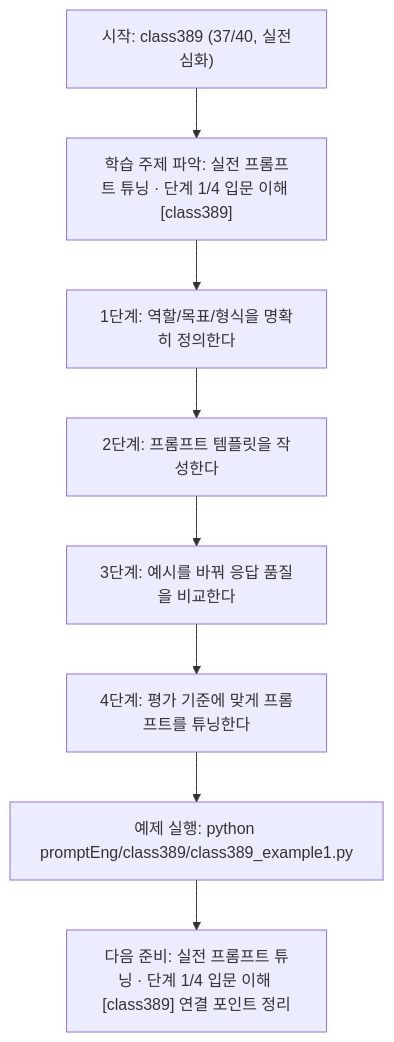
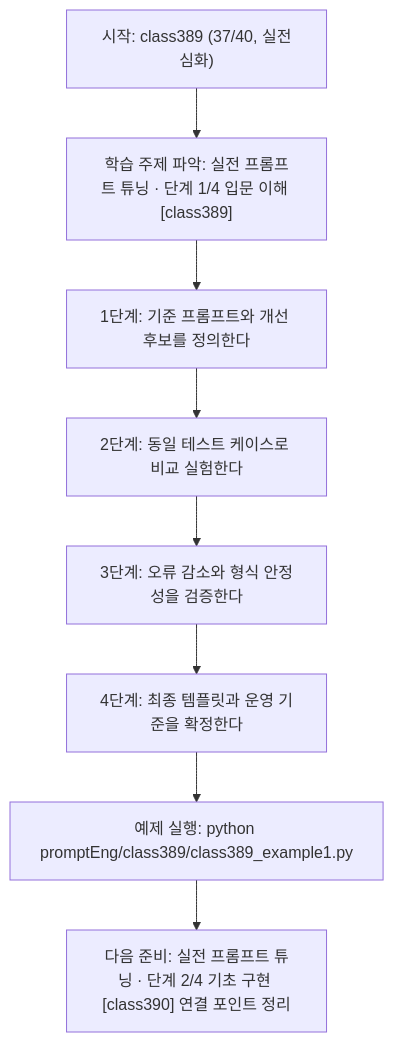
The diagram in promptEng/class389/class389.md (edumgt/Python-AI_Agent-Class), drawn with Mermaid before and after one commit. The commit also changed other lines of this file and 283 other files, not shown here.

````diff
--- a/promptEng/class389/class389.md
+++ b/promptEng/class389/class389.md
@@ -110,18 +91,18 @@
 ```mermaid
 flowchart TD
 N1["시작: class389 (37/40, 실전심화)"]
 N2["학습 주제 파악: 실전 프롬프트 튜닝 · 단계 1/4 입문 이해 [class389]"]
-N3["1단계: 역할/목표/형식을 명확히 정의한다"]
-N4["2단계: 프롬프트 템플릿을 작성한다"]
-N5["3단계: 예시를 바꿔 응답 품질을 비교한다"]
-N6["4단계: 평가 기준에 맞게 프롬프트를 튜닝한다"]
+N3["1단계: 기준 프롬프트와 개선 후보를 정의한다"]
+N4["2단계: 동일 테스트 케이스로 비교 실험한다"]
+N5["3단계: 오류 감소와 형식 안정성을 검증한다"]
+N6["4단계: 최종 템플릿과 운영 기준을 확정한다"]
 N7["예제 실행: python promptEng/class389/class389_example1.py"]
-N8["다음 준비: 실전 프롬프트 튜닝 · 단계 1/4 입문 이해 [class389] 연결 포인트 정리"]
+N8["다음 준비: 실전 프롬프트 튜닝 · 단계 2/4 기초 구현 [class390] 연결 포인트 정리"]
 N1 --> N2
 N2 --> N3
 N3 --> N4
 N4 --> N5
 N5 --> N6
 N6 --> N7
 N7 --> N8
 ```
````
